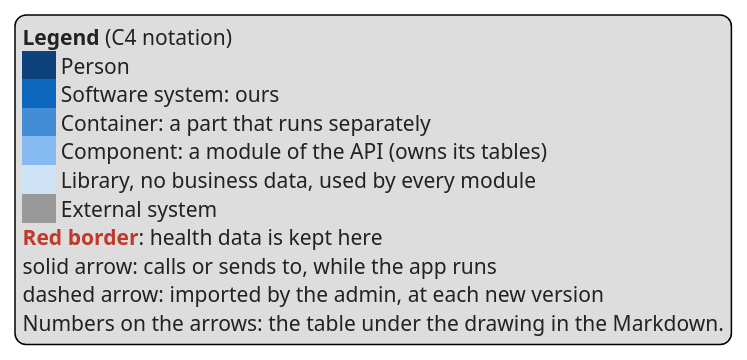
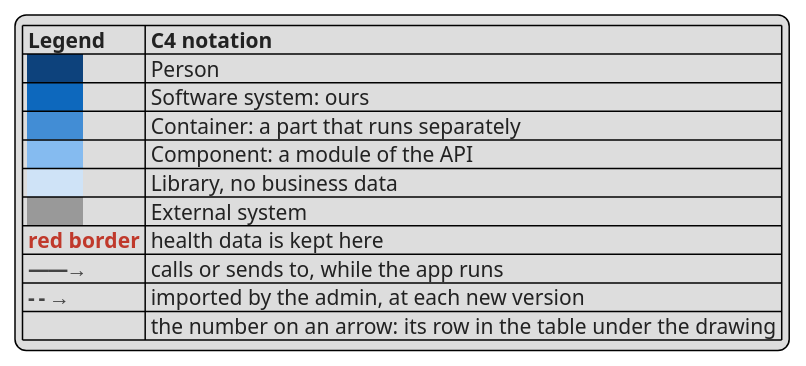
Before and after one commit to developedbyflow/ways-of-working: the diagram in skills/docs-setup/assets/c4/legend.puml, drawn with PlantUML. The commit also changed 1 other file, not shown here.

Commit message:
feat(docs-setup): the C4 drawings laid out by ELK, the legend as a table

```diff
--- a/skills/docs-setup/assets/c4/legend.puml
+++ b/skills/docs-setup/assets/c4/legend.puml
@@ -1,13 +1,13 @@
-legend right
-  <color:#222222><b>Legend</b> (C4 notation)</color>
-  <back:#08427b>      </back> <color:#222222>Person</color>
-  <back:#1168bd>      </back> <color:#222222>Software system: ours</color>
-  <back:#438dd5>      </back> <color:#222222>Container: a part that runs separately</color>
-  <back:#85bbf0>      </back> <color:#222222>Component: a module of the API (owns its tables)</color>
-  <back:#cfe3f7>      </back> <color:#222222>Library, no business data, used by every module</color>
-  <back:#999999>      </back> <color:#222222>External system</color>
-  <color:#c0392b><b>Red border</b></color><color:#222222>: health data is kept here</color>
-  <color:#222222>solid arrow: calls or sends to, while the app runs</color>
-  <color:#222222>dashed arrow: imported by the admin, at each new version</color>
-  <color:#222222>Numbers on the arrows: the table under the drawing in the Markdown.</color>
+legend bottom left
+|= <color:#222222>Legend</color> |= <color:#222222>C4 notation</color> |
+| <back:#08427b>          </back> | <color:#222222>Person</color> |
+| <back:#1168bd>          </back> | <color:#222222>Software system: ours</color> |
+| <back:#438dd5>          </back> | <color:#222222>Container: a part that runs separately</color> |
+| <back:#85bbf0>          </back> | <color:#222222>Component: a module of the API</color> |
+| <back:#cfe3f7>          </back> | <color:#222222>Library, no business data</color> |
+| <back:#999999>          </back> | <color:#222222>External system</color> |
+| <color:#c0392b>**red border**</color> | <color:#222222>health data is kept here</color> |
+| <color:#444444>**——→**</color> | <color:#222222>calls or sends to, while the app runs</color> |
+| <color:#444444>**- - →**</color> | <color:#222222>imported by the admin, at each new version</color> |
+| | <color:#222222>the number on an arrow: its row in the table under the drawing</color> |
 endlegend
```
